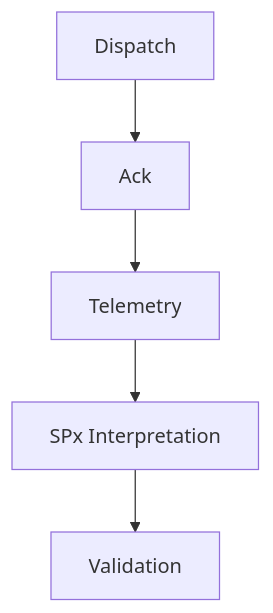
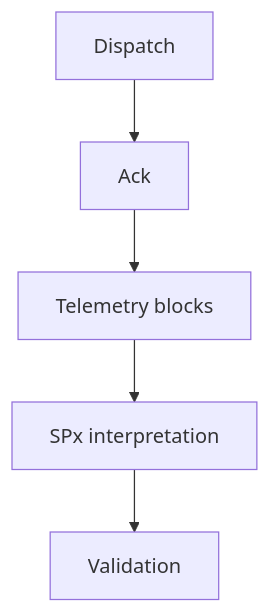
The fourth of 5 diagrams in docs/growatt-ess-semantic-model-preliminary-review.md (EugeneJian/growatt-unified-api), drawn with Mermaid before and after one commit. The commit also changed other lines of this file and 7 other files, not shown here.

````diff
--- a/docs/growatt-ess-semantic-model-preliminary-review.md
+++ b/docs/growatt-ess-semantic-model-preliminary-review.md
@@ -325,11 +498,11 @@
 ```mermaid
 flowchart TD
 
     A[Dispatch]
     B[Ack]
-    C[Telemetry]
-    D[SPx Interpretation]
+    C[Telemetry blocks]
+    D[SPx interpretation]
     E[Validation]
 
     A --> B --> C --> D --> E
 ```
````
